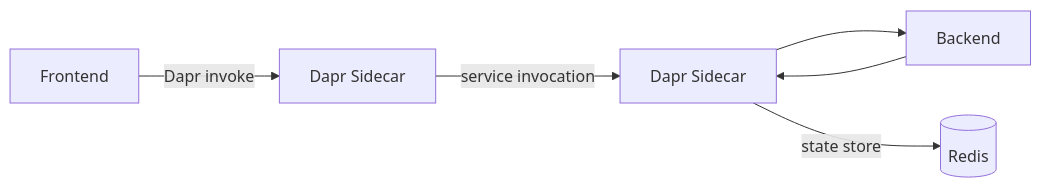
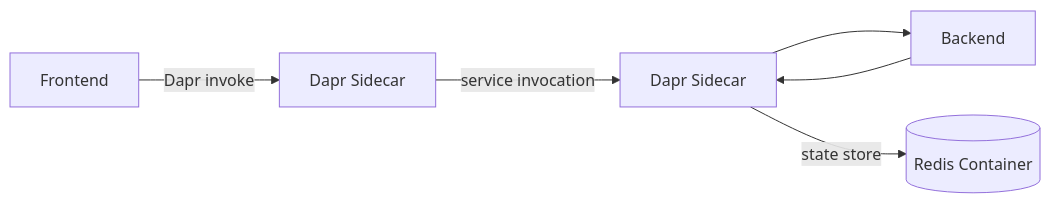
The diagram in docs/08-multi-container-and-dapr.md (beyondelastic/azure-container-workshop), drawn with Mermaid before and after one commit. The commit also changed other lines of this file, not shown here.

Commit message:
Update multi-container and Dapr documentation to deploy Redis as a Container App

````diff
--- a/docs/08-multi-container-and-dapr.md
+++ b/docs/08-multi-container-and-dapr.md
@@ -31,8 +31,8 @@
 ```mermaid
 graph LR
     FE[Frontend] -->|Dapr invoke| DS1[Dapr Sidecar]
     DS1 -->|service invocation| DS2[Dapr Sidecar]
     DS2 --> BE[Backend]
     BE --> DS2
-    DS2 -->|state store| R[(Redis)]
+    DS2 -->|state store| R[(Redis Container)]
 ```
````
